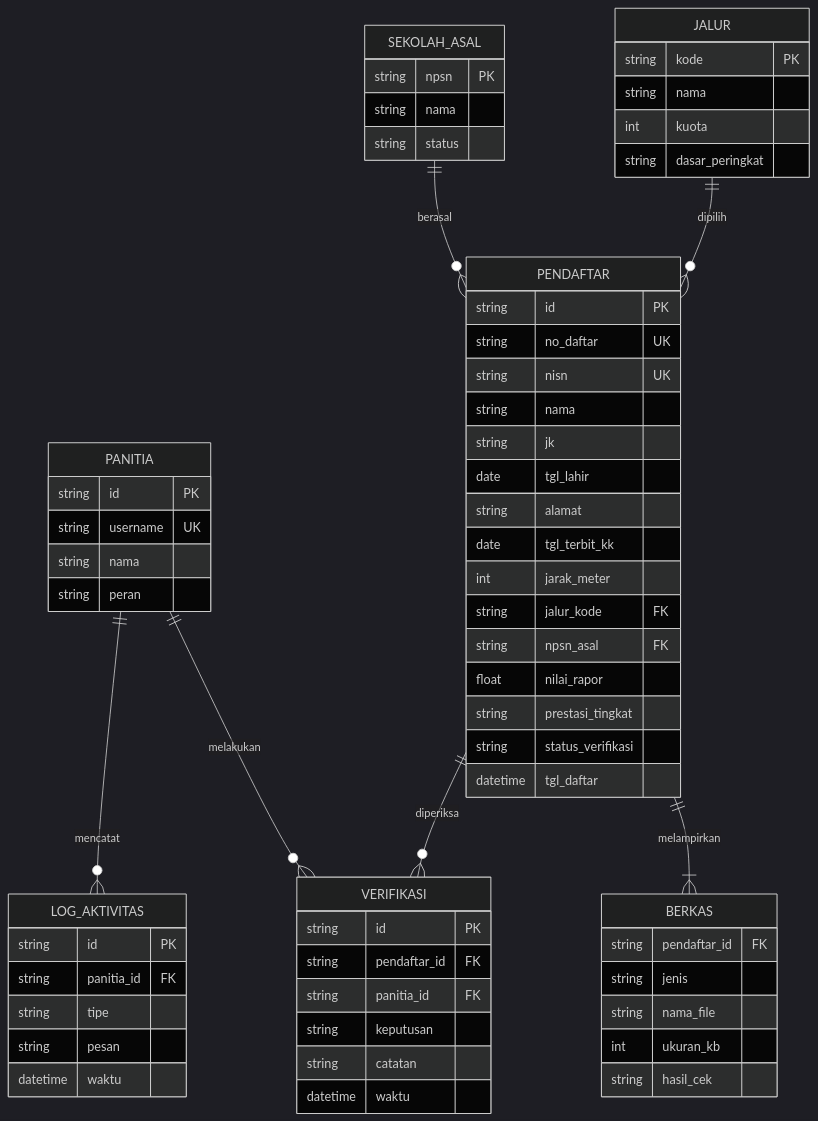
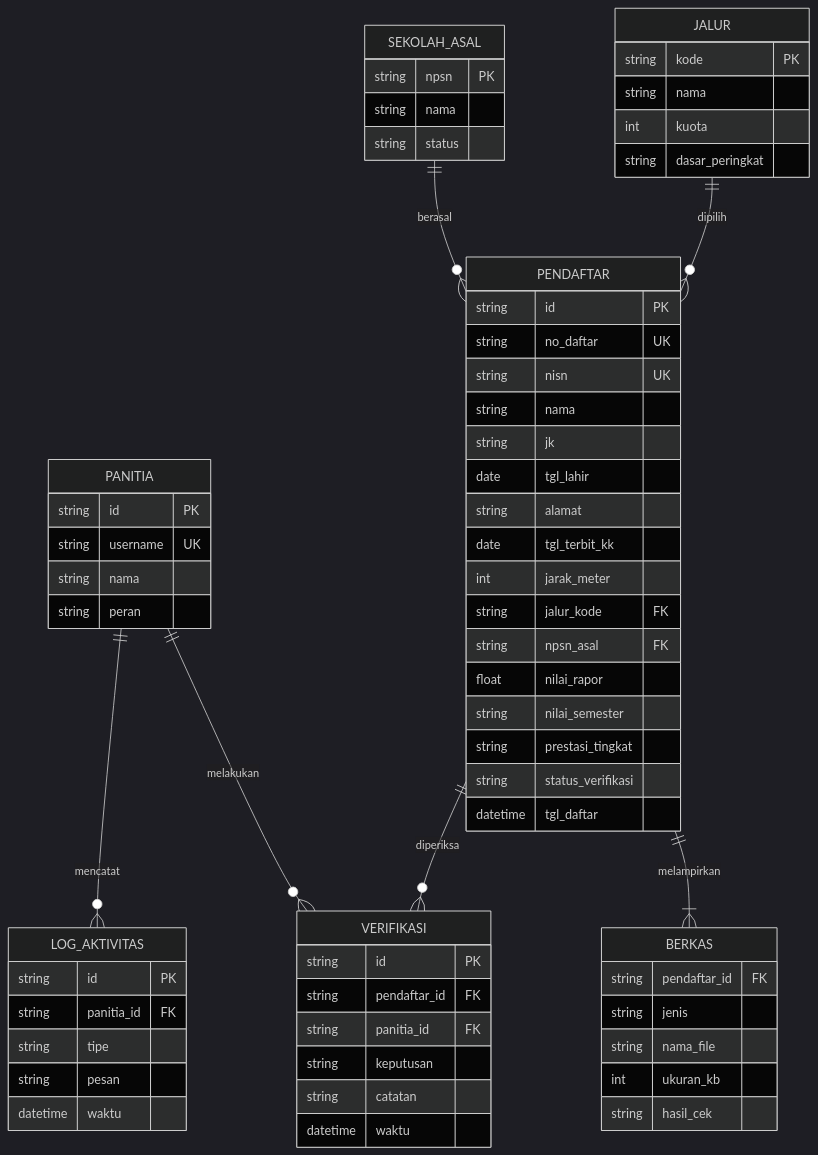
The sixth of 6 diagrams in docs/perancangan.md (nurdinrhk-design/PROGRAMWEB_2), drawn with Mermaid (dark theme) before and after one commit. The commit also changed 13 other files, not shown here.

````diff
--- a/docs/perancangan.md
+++ b/docs/perancangan.md
@@ -217,66 +217,67 @@
 ```mermaid
 erDiagram
     PANITIA ||--o{ VERIFIKASI : melakukan
     PANITIA ||--o{ LOG_AKTIVITAS : mencatat
     JALUR ||--o{ PENDAFTAR : dipilih
     SEKOLAH_ASAL ||--o{ PENDAFTAR : berasal
     PENDAFTAR ||--|{ BERKAS : melampirkan
     PENDAFTAR ||--o{ VERIFIKASI : diperiksa
 
     PANITIA {
         string id PK
         string username UK
         string nama
         string peran
     }
     JALUR {
         string kode PK
         string nama
         int kuota
         string dasar_peringkat
     }
     SEKOLAH_ASAL {
         string npsn PK
         string nama
         string status
     }
     PENDAFTAR {
         string id PK
         string no_daftar UK
         string nisn UK
         string nama
         string jk
         date tgl_lahir
         string alamat
         date tgl_terbit_kk
         int jarak_meter
         string jalur_kode FK
         string npsn_asal FK
         float nilai_rapor
+        string nilai_semester
         string prestasi_tingkat
         string status_verifikasi
         datetime tgl_daftar
     }
     BERKAS {
         string pendaftar_id FK
         string jenis
         string nama_file
         int ukuran_kb
         string hasil_cek
     }
     VERIFIKASI {
         string id PK
         string pendaftar_id FK
         string panitia_id FK
         string keputusan
         string catatan
         datetime waktu
     }
     LOG_AKTIVITAS {
         string id PK
         string panitia_id FK
         string tipe
         string pesan
         datetime waktu
     }
 ```
````
